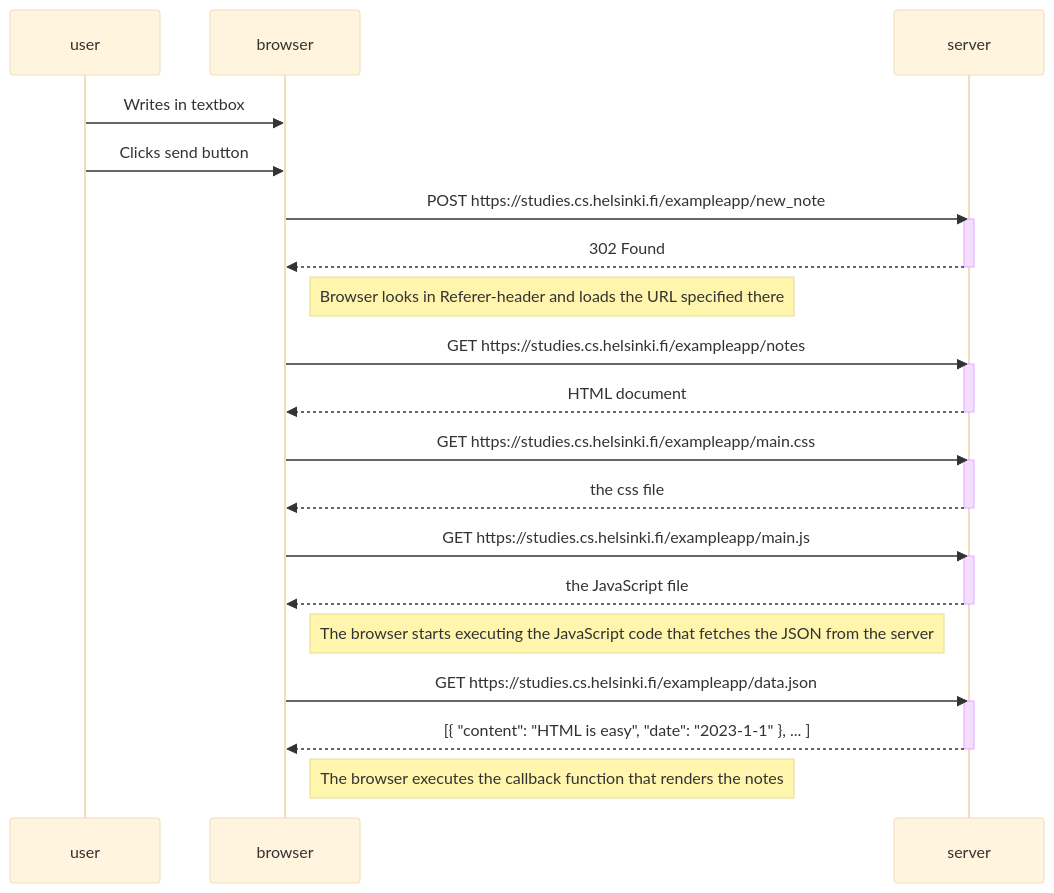
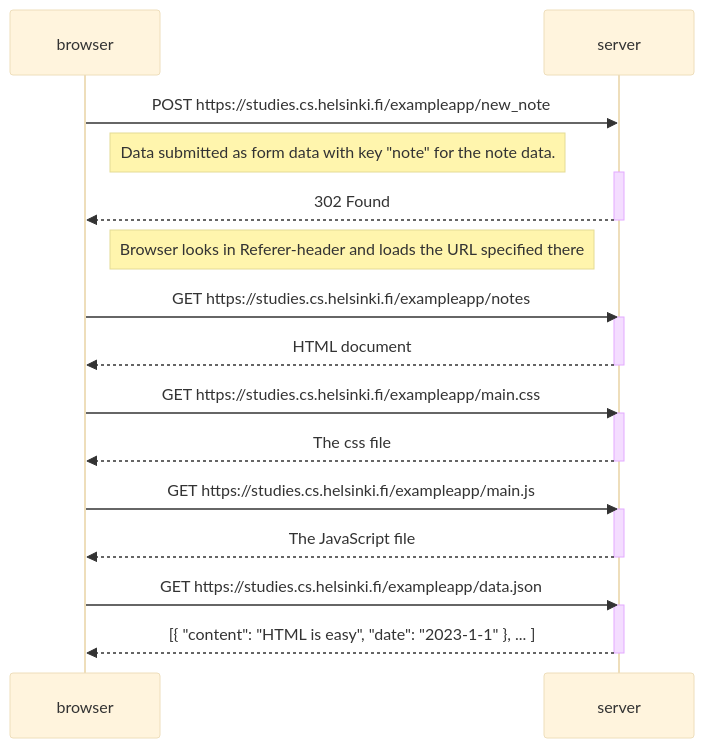
The first of 3 diagrams in part0/exercises.md (daner/FullStackOpen), drawn with Mermaid (base theme) before and after one commit. The commit also changed other lines of this file and 2 other files, not shown here.

````diff
--- a/part0/exercises.md
+++ b/part0/exercises.md
@@ -5,40 +5,35 @@
 ```mermaid
   sequenceDiagram
-    participant user
     participant browser
     participant server
+   
+    browser->>server: POST https://studies.cs.helsinki.fi/exampleapp/new_note
+    Note right of browser: Data submitted as form data with key "note" for the note data.
 
-    user->>browser: Writes in textbox
-    user->>browser: Clicks send button
-    
-    browser->>server: POST https://studies.cs.helsinki.fi/exampleapp/new_note
     activate server
     server-->>browser: 302 Found
     deactivate server
 
     Note right of browser: Browser looks in Referer-header and loads the URL specified there
 
     browser->>server: GET https://studies.cs.helsinki.fi/exampleapp/notes
     activate server
     server-->>browser: HTML document
     deactivate server
 
     browser->>server: GET https://studies.cs.helsinki.fi/exampleapp/main.css
     activate server
-    server-->>browser: the css file
+    server-->>browser: The css file
     deactivate server
 
     browser->>server: GET https://studies.cs.helsinki.fi/exampleapp/main.js
     activate server
-    server-->>browser: the JavaScript file
+    server-->>browser: The JavaScript file
     deactivate server
 
-    Note right of browser: The browser starts executing the JavaScript code that fetches the JSON from the server
     browser->>server: GET https://studies.cs.helsinki.fi/exampleapp/data.json
     activate server
     server-->>browser: [{ "content": "HTML is easy", "date": "2023-1-1" }, ... ]
     deactivate server
 
-    Note right of browser: The browser executes the callback function that renders the notes
-
 ```
````
